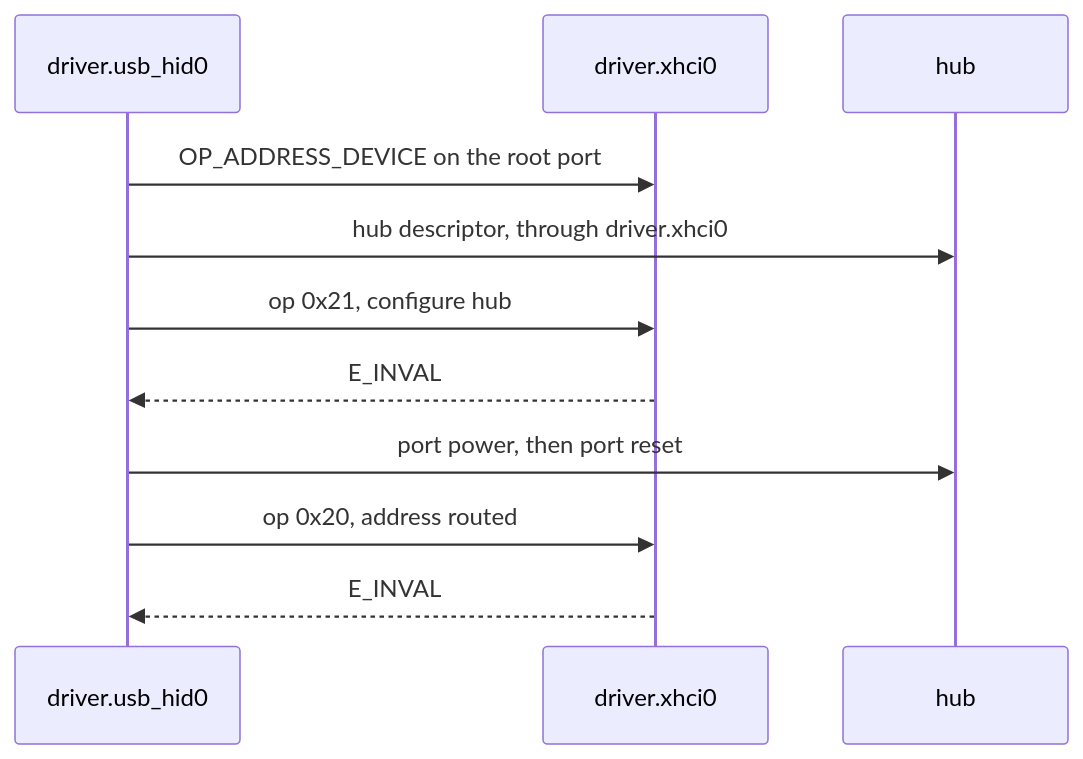
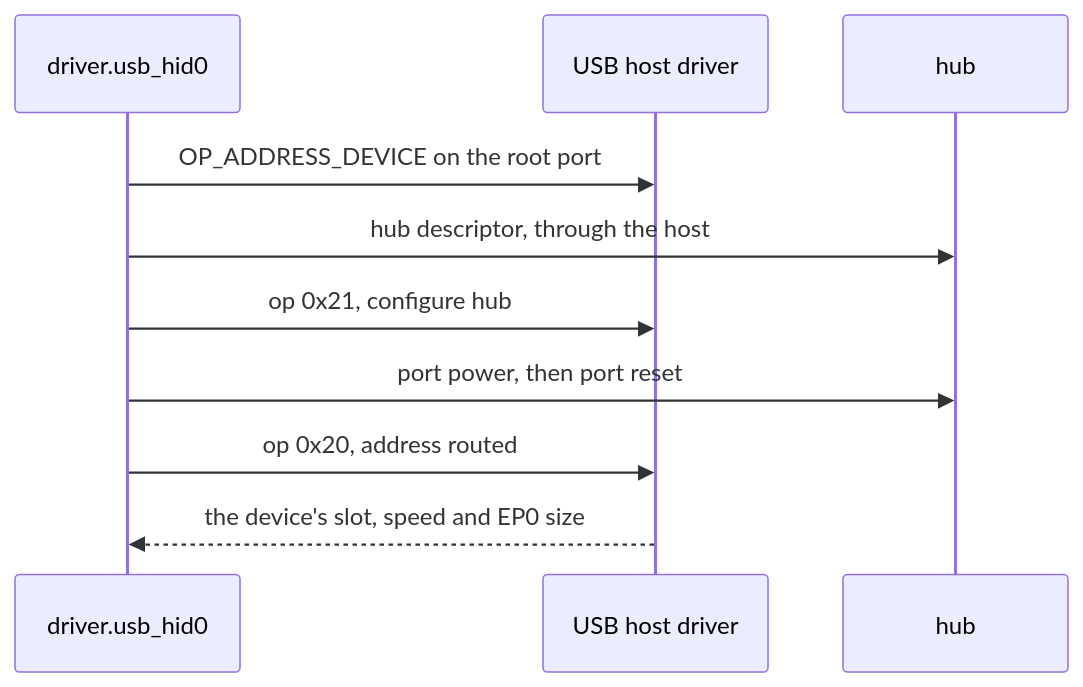
Before and after one commit to NON-OS/microkernel: the diagram in docs/drivers/usb/hubs.md, drawn with Mermaid. The commit also changed other lines of this file and 2 other files, not shown here.

Commit message:
docs: USB hubs reached on every host, through nonos_usb_hub

````diff
--- a/docs/drivers/usb/hubs.md
+++ b/docs/drivers/usb/hubs.md
@@ -11,13 +11,12 @@
 ```mermaid
 sequenceDiagram
     participant H as driver.usb_hid0
-    participant X as driver.xhci0
+    participant X as USB host driver
     participant B as hub
     H->>X: OP_ADDRESS_DEVICE on the root port
-    H->>B: hub descriptor, through driver.xhci0
+    H->>B: hub descriptor, through the host
     H->>X: op 0x21, configure hub
-    X-->>H: E_INVAL
     H->>B: port power, then port reset
     H->>X: op 0x20, address routed
-    X-->>H: E_INVAL
+    X-->>H: the device's slot, speed and EP0 size
 ```
````
